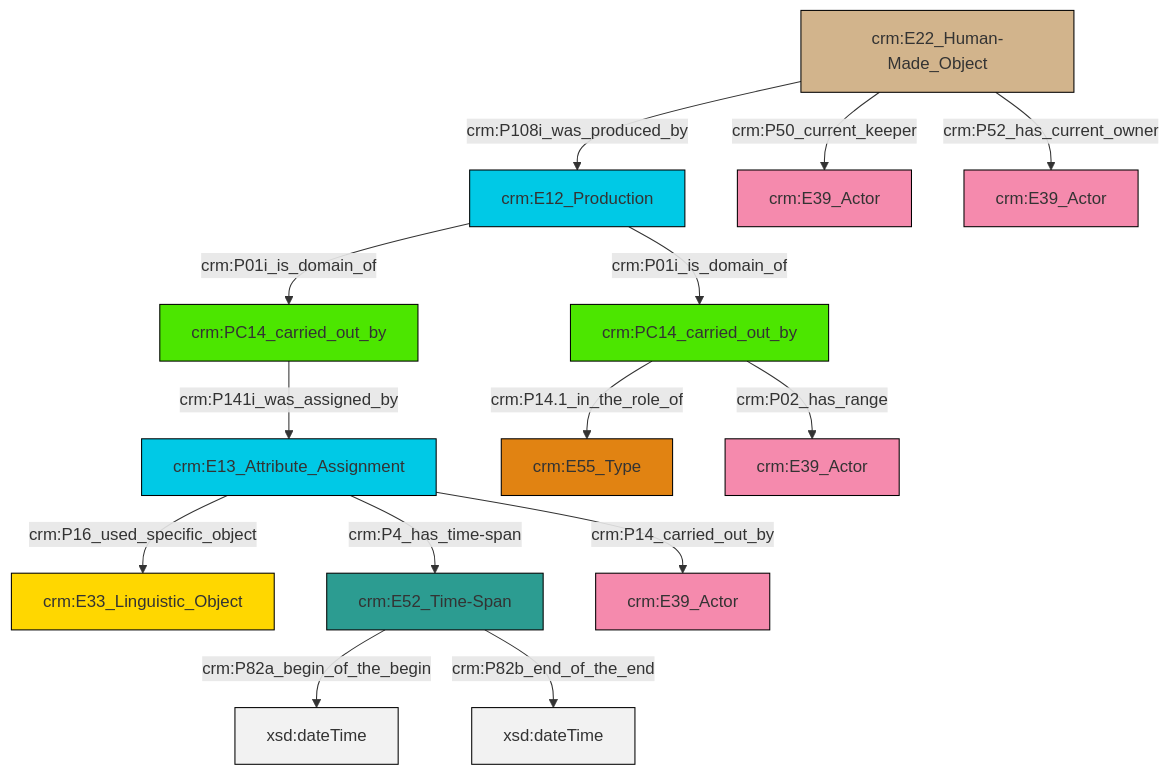
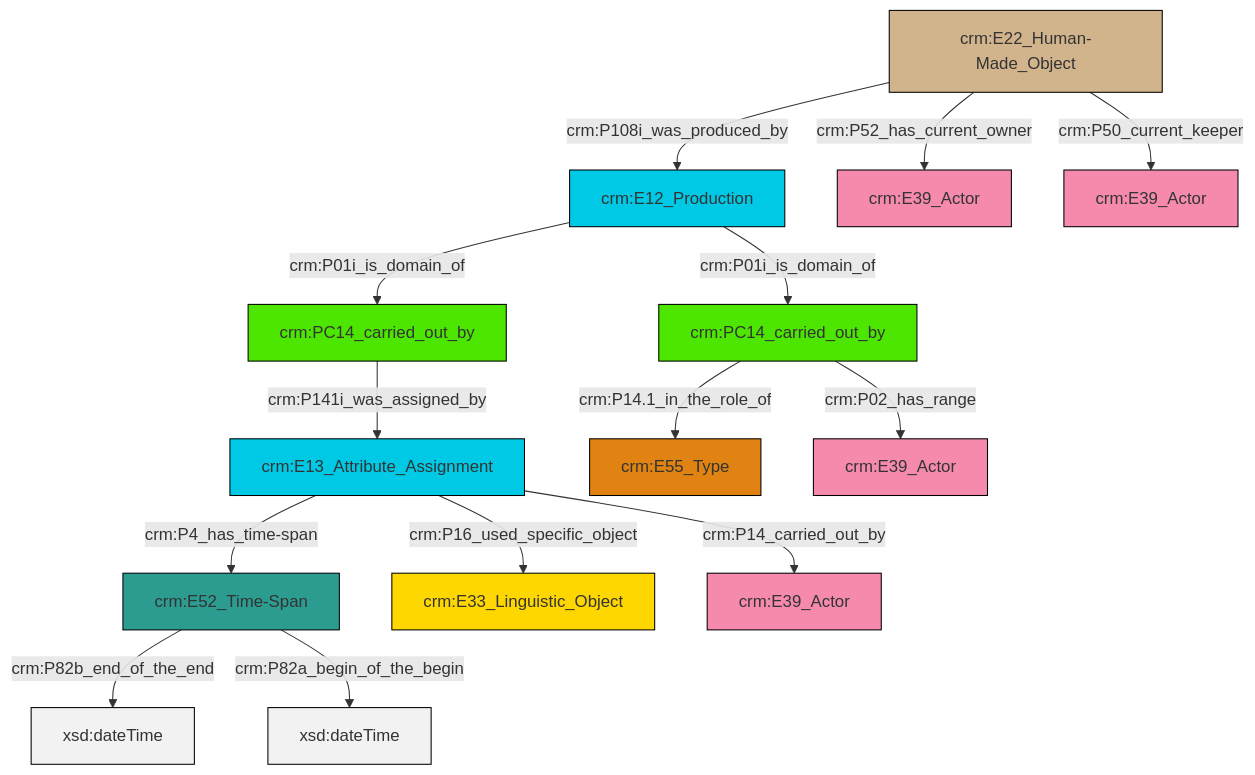
One commit to swiss-art-research-net/docs.swissartresearch changed the diagram in et/carrierCSV/ttl/mmd/carrier_relations.ttl.mmd. Above: the diagram before and after it, drawn with Mermaid. The commit also changed 178 other files, not shown here.

```diff
--- a/et/carrierCSV/ttl/mmd/carrier_relations.ttl.mmd
+++ b/et/carrierCSV/ttl/mmd/carrier_relations.ttl.mmd
@@ -1,28 +1,28 @@
 graph TD
 classDef Literal fill:#f2f2f2,stroke:#000000;
 classDef CRM_Entity fill:#FFFFFF,stroke:#000000;
 classDef Temporal_Entity fill:#00C9E6, stroke:#000000;
 classDef Type fill:#E18312, stroke:#000000;
 classDef Time-Span fill:#2C9C91, stroke:#000000;
 classDef Appellation fill:#FFEB7F, stroke:#000000;
 classDef Place fill:#008836, stroke:#000000;
 classDef Persistent_Item fill:#B266B2, stroke:#000000;
 classDef Conceptual_Object fill:#FFD700, stroke:#000000;
 classDef Physical_Thing fill:#D2B48C, stroke:#000000;
 classDef Actor fill:#f58aad, stroke:#000000;
 classDef PC_Classes fill:#4ce600, stroke:#000000;
 classDef Multi fill:#cccccc,stroke:#000000;
 
-4["crm:E13_Attribute_Assignment"]:::Temporal_Entity -->|crm:P16_used_specific_object| 5["crm:E33_Linguistic_Object"]:::Conceptual_Object
-0["crm:PC14_carried_out_by"]:::PC_Classes -->|crm:P141i_was_assigned_by| 4["crm:E13_Attribute_Assignment"]:::Temporal_Entity
-2["crm:E12_Production"]:::Temporal_Entity -->|crm:P01i_is_domain_of| 0["crm:PC14_carried_out_by"]:::PC_Classes
-10["crm:E22_Human-Made_Object"]:::Physical_Thing -->|crm:P50_current_keeper| 11["crm:E39_Actor"]:::Actor
-8["crm:E52_Time-Span"]:::Time-Span -->|crm:P82a_begin_of_the_begin| 13[xsd:dateTime]:::Literal
-10["crm:E22_Human-Made_Object"]:::Physical_Thing -->|crm:P52_has_current_owner| 20["crm:E39_Actor"]:::Actor
-2["crm:E12_Production"]:::Temporal_Entity -->|crm:P01i_is_domain_of| 18["crm:PC14_carried_out_by"]:::PC_Classes
-10["crm:E22_Human-Made_Object"]:::Physical_Thing -->|crm:P108i_was_produced_by| 2["crm:E12_Production"]:::Temporal_Entity
-4["crm:E13_Attribute_Assignment"]:::Temporal_Entity -->|crm:P14_carried_out_by| 22["crm:E39_Actor"]:::Actor
-4["crm:E13_Attribute_Assignment"]:::Temporal_Entity -->|crm:P4_has_time-span| 8["crm:E52_Time-Span"]:::Time-Span
-18["crm:PC14_carried_out_by"]:::PC_Classes -->|crm:P14.1_in_the_role_of| 6["crm:E55_Type"]:::Type
-8["crm:E52_Time-Span"]:::Time-Span -->|crm:P82b_end_of_the_end| 25[xsd:dateTime]:::Literal
-18["crm:PC14_carried_out_by"]:::PC_Classes -->|crm:P02_has_range| 15["crm:E39_Actor"]:::Actor
+0["crm:E52_Time-Span"]:::Time-Span -->|crm:P82b_end_of_the_end| 1[xsd:dateTime]:::Literal
+0["crm:E52_Time-Span"]:::Time-Span -->|crm:P82a_begin_of_the_begin| 4[xsd:dateTime]:::Literal
+7["crm:E22_Human-Made_Object"]:::Physical_Thing -->|crm:P108i_was_produced_by| 8["crm:E12_Production"]:::Temporal_Entity
+7["crm:E22_Human-Made_Object"]:::Physical_Thing -->|crm:P52_has_current_owner| 11["crm:E39_Actor"]:::Actor
+9["crm:E13_Attribute_Assignment"]:::Temporal_Entity -->|crm:P4_has_time-span| 0["crm:E52_Time-Span"]:::Time-Span
+8["crm:E12_Production"]:::Temporal_Entity -->|crm:P01i_is_domain_of| 5["crm:PC14_carried_out_by"]:::PC_Classes
+15["crm:PC14_carried_out_by"]:::PC_Classes -->|crm:P14.1_in_the_role_of| 18["crm:E55_Type"]:::Type
+15["crm:PC14_carried_out_by"]:::PC_Classes -->|crm:P02_has_range| 2["crm:E39_Actor"]:::Actor
+9["crm:E13_Attribute_Assignment"]:::Temporal_Entity -->|crm:P16_used_specific_object| 22["crm:E33_Linguistic_Object"]:::Conceptual_Object
+7["crm:E22_Human-Made_Object"]:::Physical_Thing -->|crm:P50_current_keeper| 13["crm:E39_Actor"]:::Actor
+9["crm:E13_Attribute_Assignment"]:::Temporal_Entity -->|crm:P14_carried_out_by| 19["crm:E39_Actor"]:::Actor
+5["crm:PC14_carried_out_by"]:::PC_Classes -->|crm:P141i_was_assigned_by| 9["crm:E13_Attribute_Assignment"]:::Temporal_Entity
+8["crm:E12_Production"]:::Temporal_Entity -->|crm:P01i_is_domain_of| 15["crm:PC14_carried_out_by"]:::PC_Classes
```
